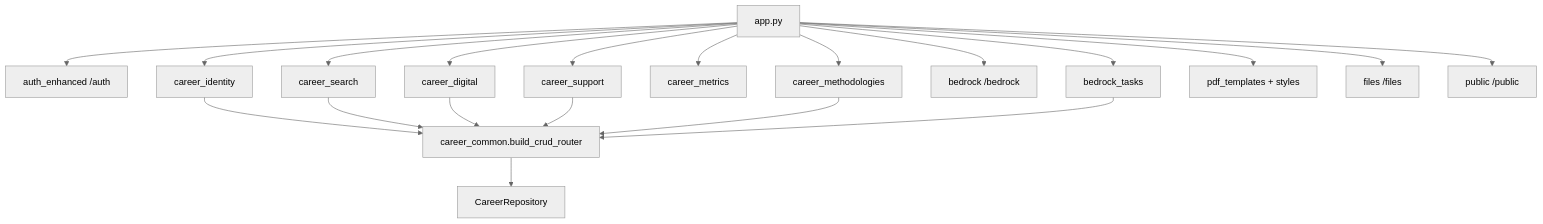
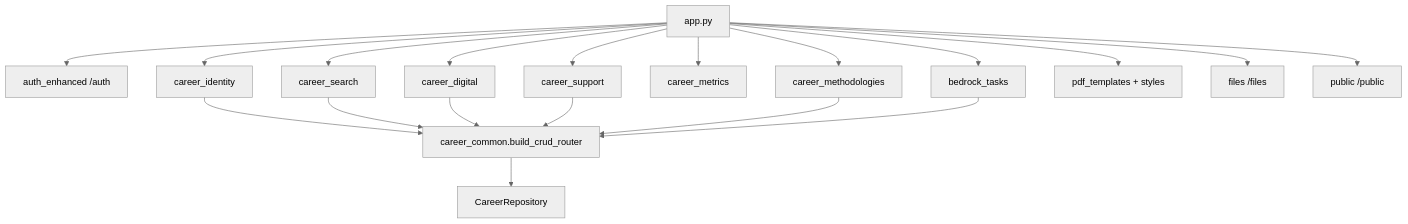
Before and after one commit to cjhirashi/cjhirashi-career: the diagram in cjhirashi-career-api/src/routes/README.md, drawn with Mermaid (neutral theme). The commit also changed other lines of this file and 82 other files, not shown here.

````diff
--- a/cjhirashi-career-api/src/routes/README.md
+++ b/cjhirashi-career-api/src/routes/README.md
@@ -9,22 +9,21 @@
 ```mermaid
 flowchart TB
     App[app.py] --> Auth[auth_enhanced /auth]
     App --> Identity[career_identity]
     App --> Search[career_search]
     App --> Digital[career_digital]
     App --> Support[career_support]
     App --> Metrics[career_metrics]
     App --> Methods[career_methodologies]
-    App --> Bedrock[bedrock /bedrock]
     App --> Tasks[bedrock_tasks]
     App --> PDF[pdf_templates + styles]
     App --> Files[files /files]
     App --> Public[public /public]
     Identity --> Factory[career_common.build_crud_router]
     Search --> Factory
     Digital --> Factory
     Support --> Factory
     Methods --> Factory
     Tasks --> Factory
     Factory --> Repo[CareerRepository]
 ```
````
